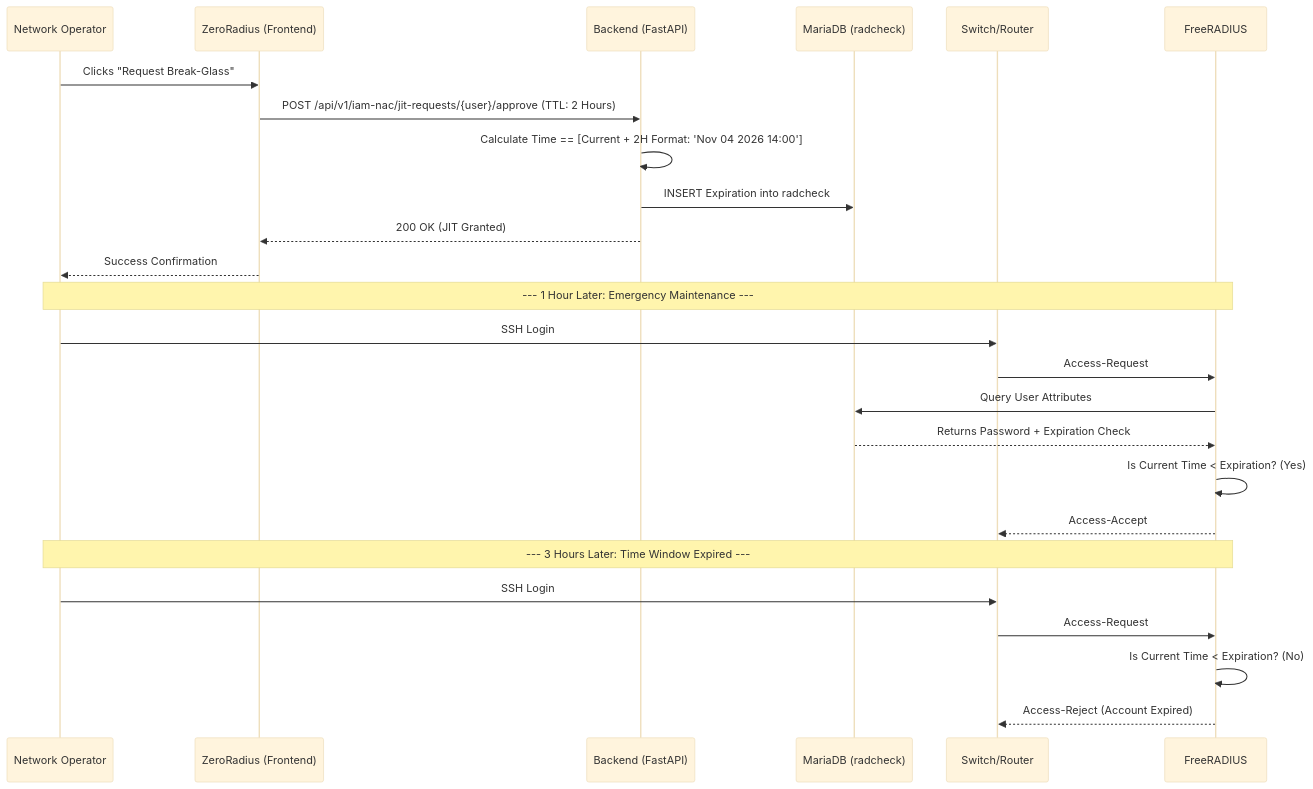
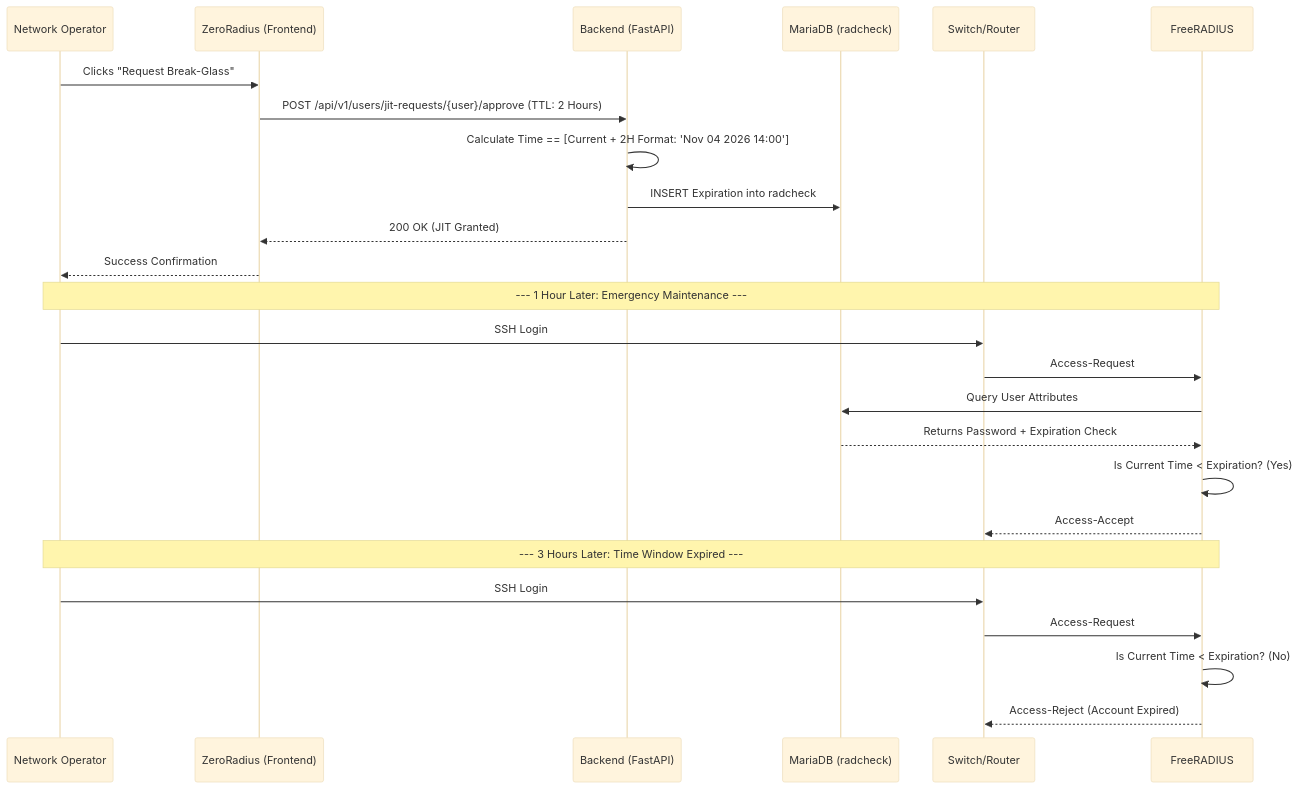
One commit to alexandervazquez98/ZeroRadius changed the diagram in docs/03-jit-break-glass.md. Above: the diagram before and after it, drawn with Mermaid (base theme). The commit also changed 107 other files, not shown here.

````diff
--- a/docs/03-jit-break-glass.md
+++ b/docs/03-jit-break-glass.md
@@ -16,30 +16,30 @@
 ```mermaid
 sequenceDiagram
     participant Oper as Network Operator
     participant ZR as ZeroRadius (Frontend)
     participant API as Backend (FastAPI)
     participant DB as MariaDB (radcheck)
     participant NAS as Switch/Router
     participant Radius as FreeRADIUS
 
     Oper->>ZR: Clicks "Request Break-Glass"
-    ZR->>API: POST /api/v1/iam-nac/jit-requests/{user}/approve (TTL: 2 Hours)
+    ZR->>API: POST /api/v1/users/jit-requests/{user}/approve (TTL: 2 Hours)
     API->>API: Calculate Time == [Current + 2H Format: 'Nov 04 2026 14:00']
     API->>DB: INSERT Expiration into radcheck
     API-->>ZR: 200 OK (JIT Granted)
     ZR-->>Oper: Success Confirmation
 
     Note over Oper,Radius: --- 1 Hour Later: Emergency Maintenance ---
     Oper->>NAS: SSH Login
     NAS->>Radius: Access-Request
     Radius->>DB: Query User Attributes
     DB-->>Radius: Returns Password + Expiration Check
     Radius->>Radius: Is Current Time < Expiration? (Yes)
     Radius-->>NAS: Access-Accept
 
     Note over Oper,Radius: --- 3 Hours Later: Time Window Expired ---
     Oper->>NAS: SSH Login
     NAS->>Radius: Access-Request
     Radius->>Radius: Is Current Time < Expiration? (No)
     Radius-->>NAS: Access-Reject (Account Expired)
 ```
````
